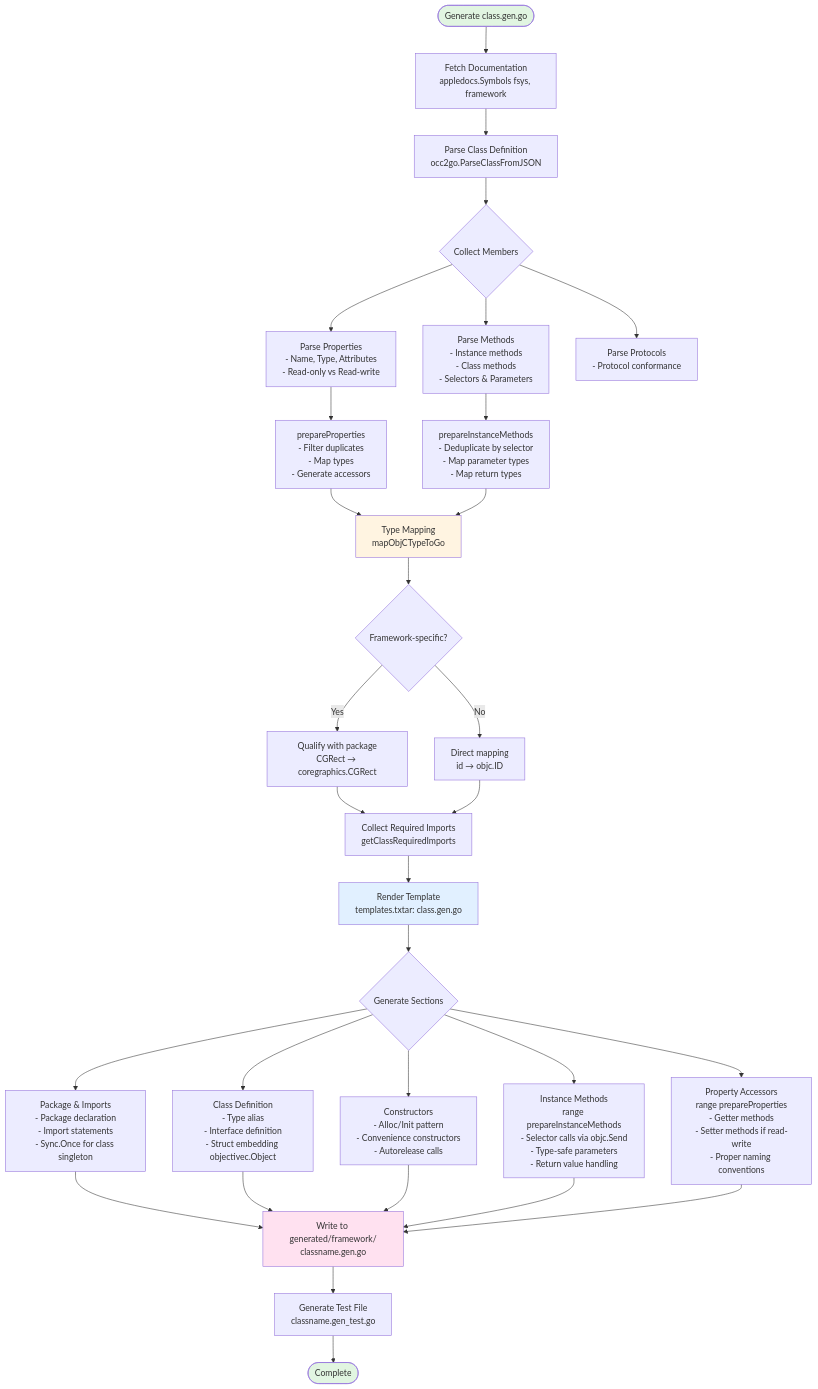
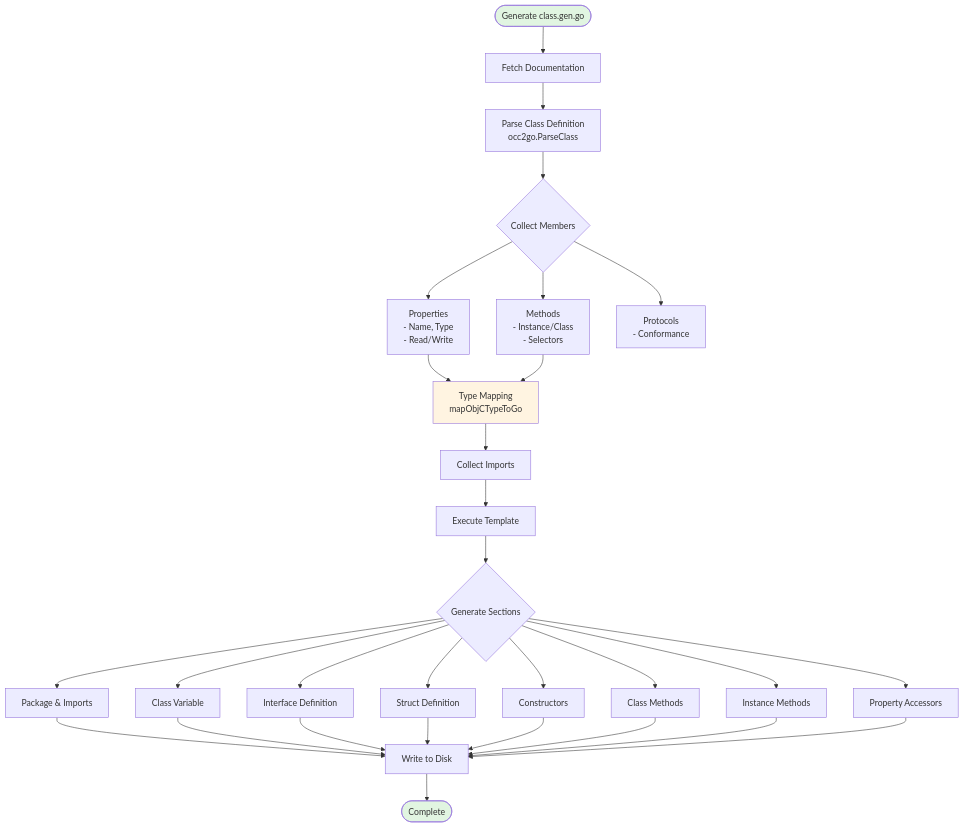
Before and after one commit to tmc/appledocs: the second of 2 diagrams in cmd/generate-framework-bindings/README.md, drawn with Mermaid. The commit also changed other lines of this file and 4 other files, not shown here.

````diff
--- a/cmd/generate-framework-bindings/README.md
+++ b/cmd/generate-framework-bindings/README.md
@@ -84,56 +268,45 @@
 ```mermaid
 flowchart TD
-    Start([Generate class.gen.go]) --> FetchDocs[Fetch Documentation<br/>appledocs.Symbols fsys, framework]
+    Start([Generate class.gen.go]) --> FetchDocs[Fetch Documentation]
 
-    FetchDocs --> ParseClass[Parse Class Definition<br/>occ2go.ParseClassFromJSON]
+    FetchDocs --> ParseClass[Parse Class Definition<br/>occ2go.ParseClass]
 
     ParseClass --> CollectMembers{Collect Members}
 
-    CollectMembers --> Properties[Parse Properties<br/>- Name, Type, Attributes<br/>- Read-only vs Read-write]
-    CollectMembers --> Methods[Parse Methods<br/>- Instance methods<br/>- Class methods<br/>- Selectors & Parameters]
-    CollectMembers --> Protocols[Parse Protocols<br/>- Protocol conformance]
+    CollectMembers --> Properties[Properties<br/>- Name, Type<br/>- Read/Write]
+    CollectMembers --> Methods[Methods<br/>- Instance/Class<br/>- Selectors]
+    CollectMembers --> Protocols[Protocols<br/>- Conformance]
 
-    Properties --> PrepProps[prepareProperties<br/>- Filter duplicates<br/>- Map types<br/>- Generate accessors]
+    Properties --> TypeMap[Type Mapping<br/>mapObjCTypeToGo]
+    Methods --> TypeMap
 
-    Methods --> PrepMethods[prepareInstanceMethods<br/>- Deduplicate by selector<br/>- Map parameter types<br/>- Map return types]
+    TypeMap --> Imports[Collect Imports]
 
-    PrepProps --> TypeMapping[Type Mapping<br/>mapObjCTypeToGo]
-    PrepMethods --> TypeMapping
+    Imports --> Template[Execute Template]
 
-    TypeMapping --> FrameworkCheck{Framework-specific?}
-    FrameworkCheck -->|Yes| Qualify[Qualify with package<br/>CGRect → coregraphics.CGRect]
-    FrameworkCheck -->|No| Direct[Direct mapping<br/>id → objc.ID]
+    Template --> Sections{Generate Sections}
 
-    Qualify --> CollectImports[Collect Required Imports<br/>getClassRequiredImports]
-    Direct --> CollectImports
+    Sections --> Package[Package & Imports]
+    Sections --> ClassVar[Class Variable]
+    Sections --> Interface[Interface Definition]
+    Sections --> Struct[Struct Definition]
+    Sections --> Constructors[Constructors]
+    Sections --> ClassMethods[Class Methods]
+    Sections --> InstanceMethods[Instance Methods]
+    Sections --> Properties2[Property Accessors]
 
-    CollectImports --> Template[Render Template<br/>templates.txtar: class.gen.go]
+    Package --> WriteFile[Write to Disk]
+    ClassVar --> WriteFile
+    Interface --> WriteFile
+    Struct --> WriteFile
+    Constructors --> WriteFile
+    ClassMethods --> WriteFile
+    InstanceMethods --> WriteFile
+    Properties2 --> WriteFile
 
-    Template --> GenSections{Generate Sections}
-
-    GenSections --> Header[Package & Imports<br/>- Package declaration<br/>- Import statements<br/>- Sync.Once for class singleton]
-
-    GenSections --> ClassDef[Class Definition<br/>- Type alias<br/>- Interface definition<br/>- Struct embedding objectivec.Object]
-
-    GenSections --> Constructors[Constructors<br/>- Alloc/Init pattern<br/>- Convenience constructors<br/>- Autorelease calls]
-
-    GenSections --> MethodsOut[Instance Methods<br/>range prepareInstanceMethods<br/>- Selector calls via objc.Send<br/>- Type-safe parameters<br/>- Return value handling]
-
-    GenSections --> PropsOut[Property Accessors<br/>range prepareProperties<br/>- Getter methods<br/>- Setter methods if read-write<br/>- Proper naming conventions]
-
-    Header --> WriteFile[Write to generated/framework/<br/>classname.gen.go]
-    ClassDef --> WriteFile
-    Constructors --> WriteFile
-    MethodsOut --> WriteFile
-    PropsOut --> WriteFile
-
-    WriteFile --> TestGen[Generate Test File<br/>classname.gen_test.go]
-
-    TestGen --> End([Complete])
+    WriteFile --> End([Complete])
 
     style Start fill:#e1f5e1
     style End fill:#e1f5e1
-    style TypeMapping fill:#fff4e1
-    style Template fill:#e1f0ff
-    style WriteFile fill:#ffe1f0
+    style TypeMap fill:#fff4e1
 ```
````
